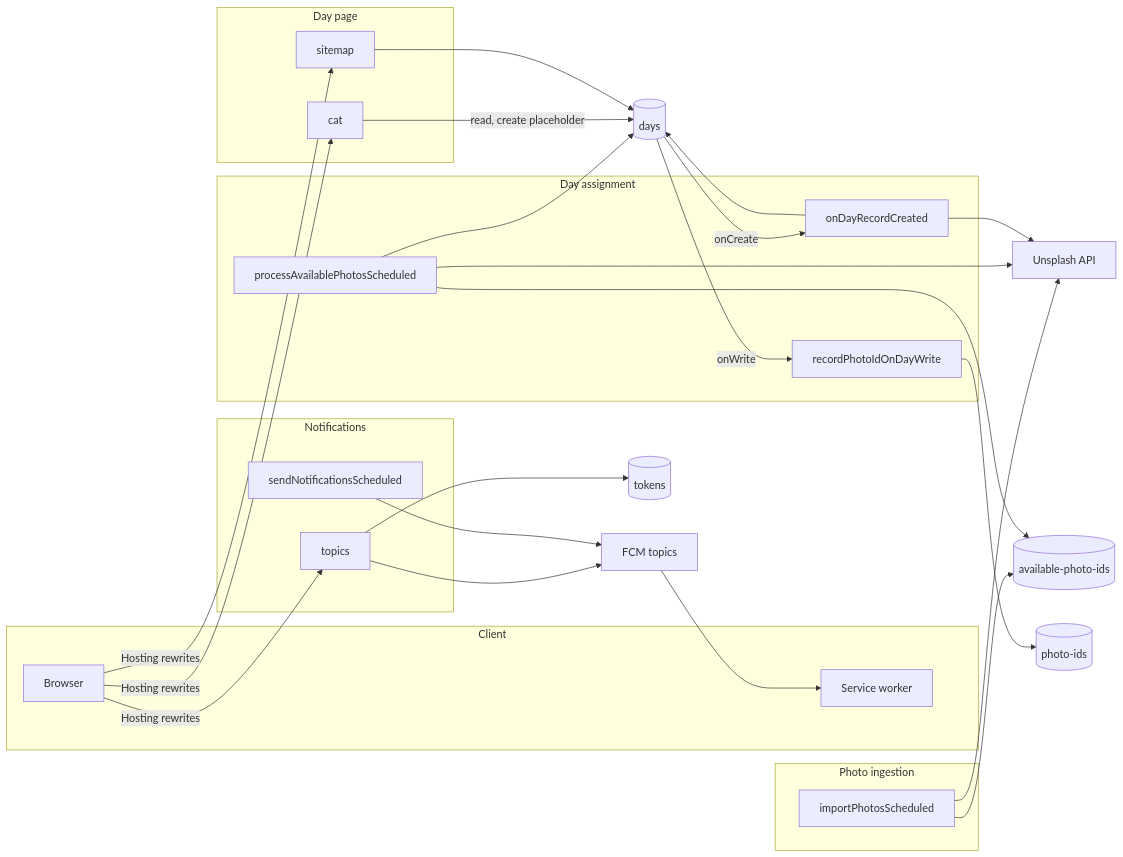
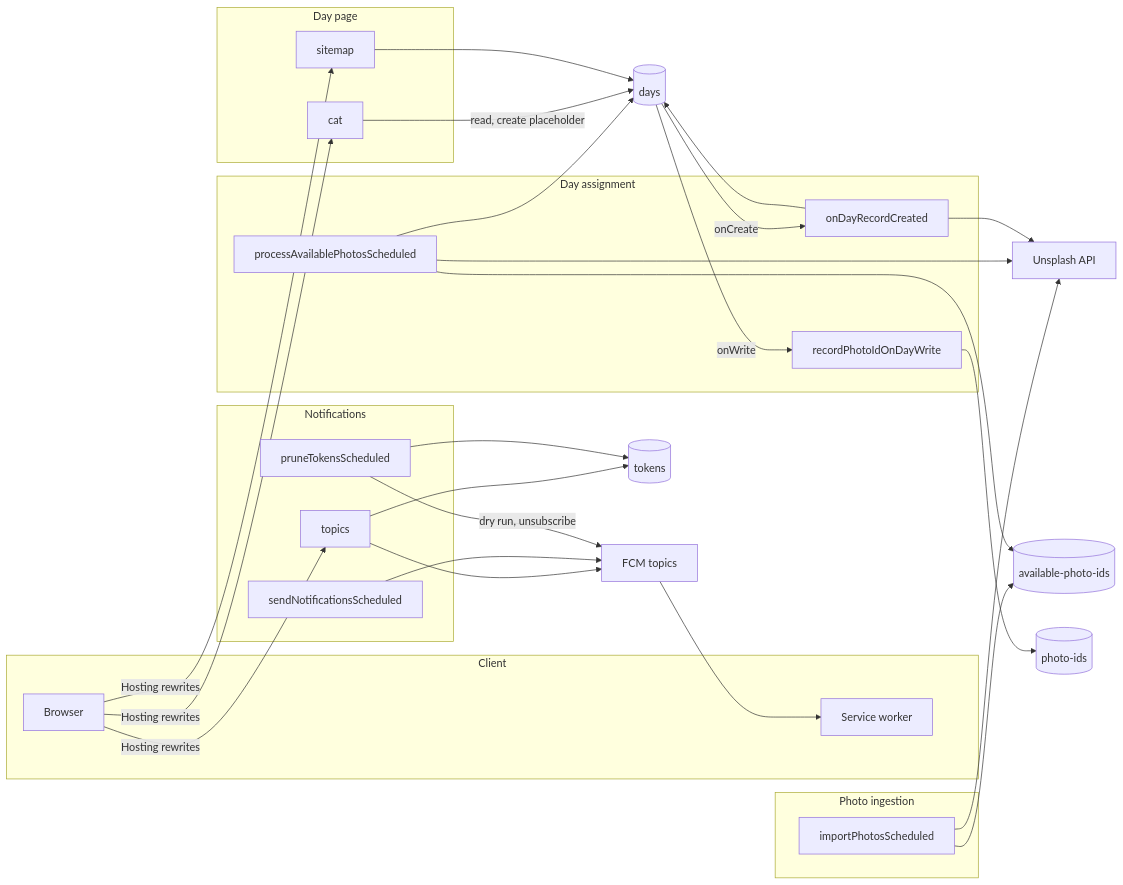
Before and after one commit to abraham/daily-cat: the diagram in specs/README.md, drawn with Mermaid. The commit also changed other lines of this file and 14 other files, not shown here.

````diff
--- a/specs/README.md
+++ b/specs/README.md
@@ -19,42 +19,45 @@
 ```mermaid
 flowchart LR
   subgraph Client
     Browser
     SW[Service worker]
   end
   subgraph DayPage[Day page]
     CatFn[cat]
     SitemapFn[sitemap]
   end
   subgraph Notifications
     TopicsFn[topics]
     NotifyFn[sendNotificationsScheduled]
+    PruneFn[pruneTokensScheduled]
   end
   subgraph Ingestion[Photo ingestion]
     ImportFn[importPhotosScheduled]
   end
   subgraph Assignment[Day assignment]
     FindFn[onDayRecordCreated]
     ProcessFn[processAvailablePhotosScheduled]
     RecordFn[recordPhotoIdOnDayWrite]
   end
   Browser -->|Hosting rewrites| CatFn
   Browser -->|Hosting rewrites| SitemapFn
   Browser -->|Hosting rewrites| TopicsFn
   CatFn -->|read, create placeholder| Days[(days)]
   SitemapFn --> Days
   Days -->|onCreate| FindFn
   Days -->|onWrite| RecordFn
   RecordFn --> PhotoIds[(photo-ids)]
   ImportFn --> Unsplash[Unsplash API]
   ImportFn --> Queue[(available-photo-ids)]
   ProcessFn --> Queue
   ProcessFn --> Unsplash
   ProcessFn --> Days
   FindFn --> Unsplash
   FindFn --> Days
   TopicsFn --> Tokens[(tokens)]
   TopicsFn --> FCM[FCM topics]
   NotifyFn --> FCM
+  PruneFn --> Tokens
+  PruneFn -->|dry run, unsubscribe| FCM
   FCM --> SW
 ```
````
